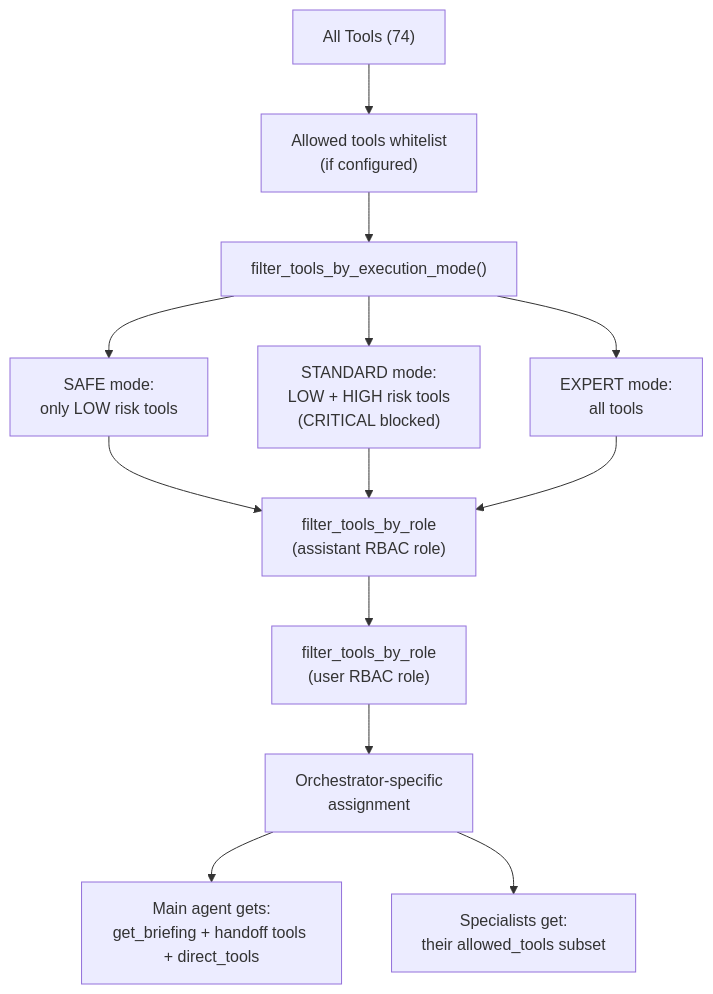
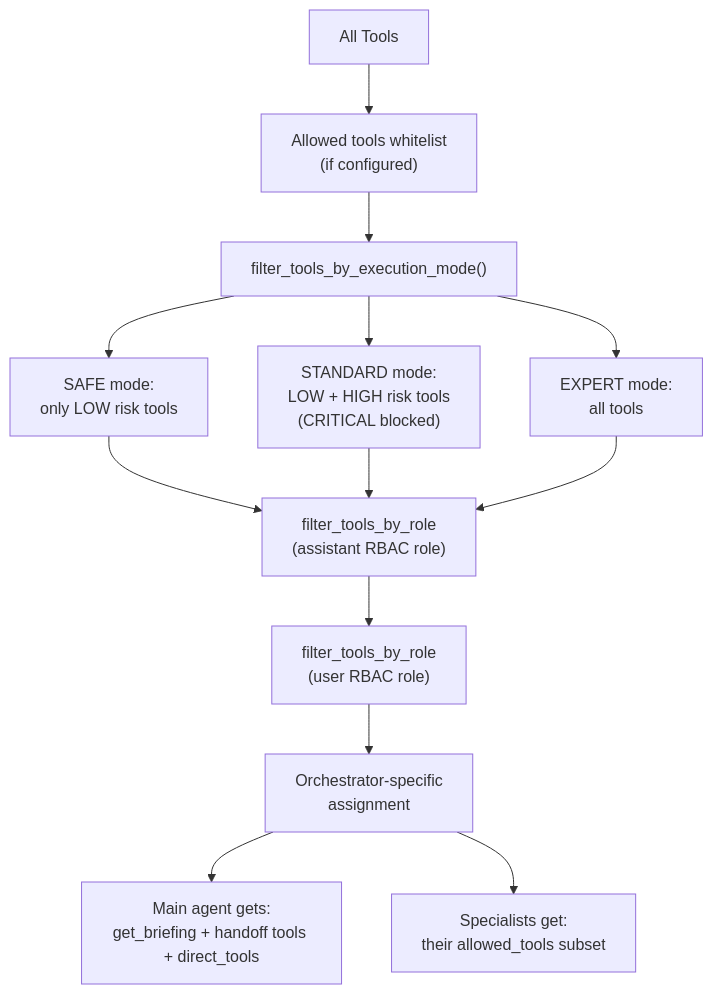
The second of 4 diagrams in docs/02-architecture/ai/agent-common-concepts.md (ogghst/backcast), drawn with Mermaid before and after one commit. The commit also changed other lines of this file and 18 other files, not shown here.

First line of the commit message:
docs(ai): rationalize AI architecture docs to one canonical per macro topic

````diff
--- a/docs/02-architecture/ai/agent-common-concepts.md
+++ b/docs/02-architecture/ai/agent-common-concepts.md
@@ -269,16 +297,16 @@
 ```mermaid
 flowchart TD
-    All["All Tools (74)"]
+    All["All Tools"]
     All --> AT["Allowed tools whitelist\n(if configured)"]
     AT --> EM["filter_tools_by_execution_mode()"]
     EM --> SAFE["SAFE mode:\nonly LOW risk tools"]
     EM --> STD["STANDARD mode:\nLOW + HIGH risk tools\n(CRITICAL blocked)"]
     EM --> EXP["EXPERT mode:\nall tools"]
     SAFE --> AR["filter_tools_by_role\n(assistant RBAC role)"]
     STD --> AR
     EXP --> AR
     AR --> UR["filter_tools_by_role\n(user RBAC role)"]
     UR --> SA["Orchestrator-specific\nassignment"]
     SA --> MA["Main agent gets:\nget_briefing + handoff tools + direct_tools"]
     SA --> SUB["Specialists get:\ntheir allowed_tools subset"]
 ```
````
